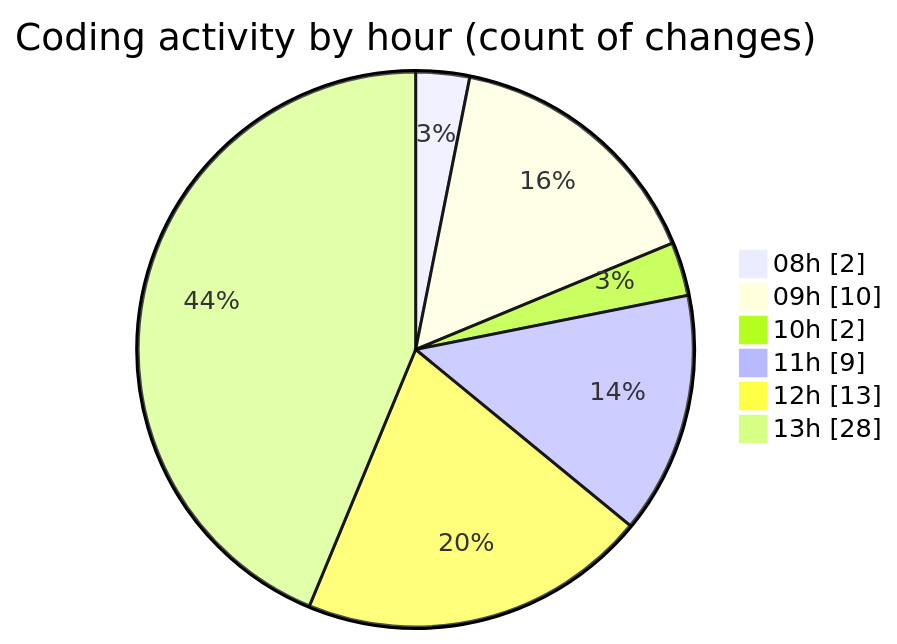
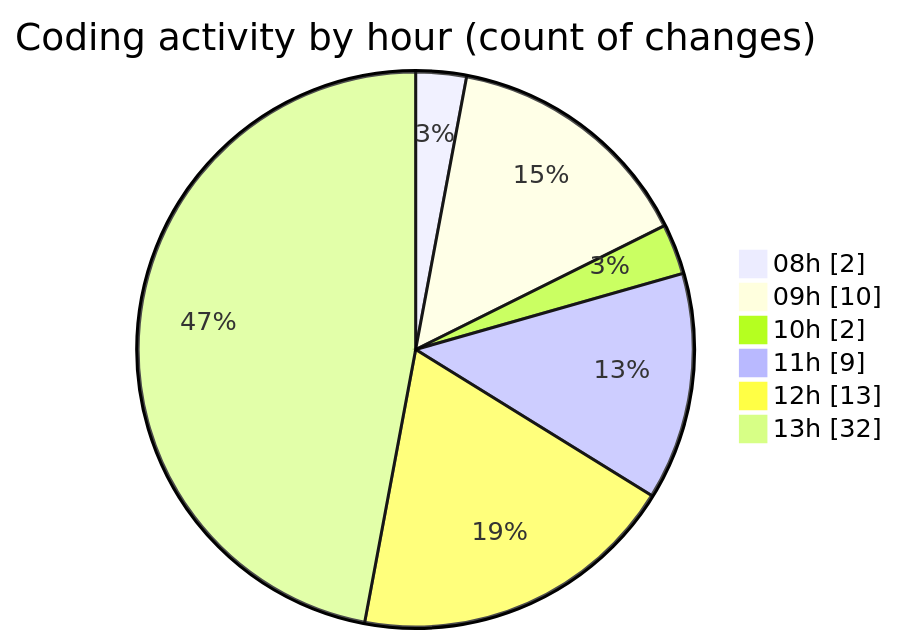
Before and after one commit to momahboobian/code-tracking: the second of 2 diagrams in 2025-05-30/cda/README.md, drawn with Mermaid. The commit also changed other lines of this file and 1 other file, not shown here.

````diff
--- a/2025-05-30/cda/README.md
+++ b/2025-05-30/cda/README.md
@@ -38,10 +39,10 @@
 ```mermaid
 pie showData
 title Coding activity by hour (count of changes)
 "08h" : 2
 "09h" : 10
 "10h" : 2
 "11h" : 9
 "12h" : 13
-"13h" : 28
+"13h" : 32
 ```
````
